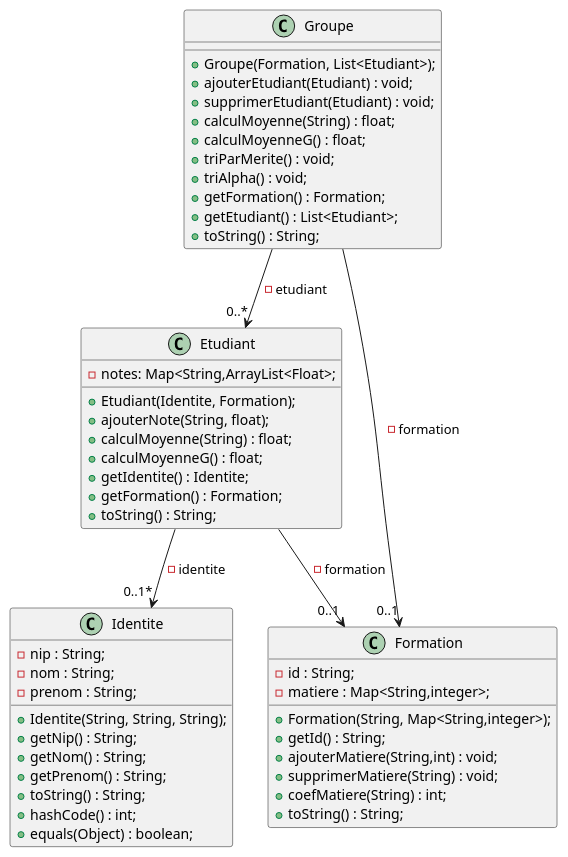
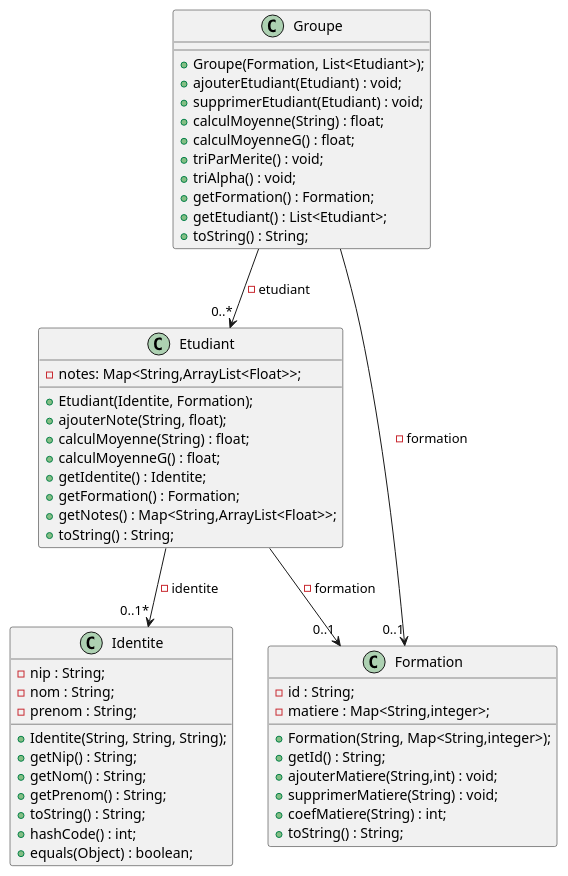
One commit to Wass54/Ex3-CPOA-ElBakhtaoui-Karakaya changed the diagram in documents/DiagClasse.puml. Above: the diagram before and after it, drawn with PlantUML. The commit also changed 2 other files, not shown here.

Commit message:
Ajout de deux classes et changement du diagramme de classe

```diff
--- a/documents/DiagClasse.puml
+++ b/documents/DiagClasse.puml
@@ -1,73 +1,74 @@
 @startuml
 
 '''classes 
 
 class Identite{
 
     - nip : String;
     - nom : String;
     - prenom : String;
 
     + Identite(String, String, String);
     + getNip() : String;
     + getNom() : String;
     + getPrenom() : String;
     + toString() : String;
     + hashCode() : int;
     + equals(Object) : boolean;
 
 }
 
 class Etudiant{
 
-    - notes: Map<String,ArrayList<Float>;
+    - notes: Map<String,ArrayList<Float>>;
 
     + Etudiant(Identite, Formation);
     + ajouterNote(String, float);
     + calculMoyenne(String) : float;
     + calculMoyenneG() : float;
     + getIdentite() : Identite;
     + getFormation() : Formation;
+    + getNotes() : Map<String,ArrayList<Float>>;
     + toString() : String;
 
 
 }
 
 class Formation{
 
     - id : String;
     - matiere : Map<String,integer>;
     
     + Formation(String, Map<String,integer>);
     + getId() : String;
     + ajouterMatiere(String,int) : void;
     + supprimerMatiere(String) : void;
     + coefMatiere(String) : int;
     + toString() : String;
 
 }
 
 class Groupe{
 
     + Groupe(Formation, List<Etudiant>);
     + ajouterEtudiant(Etudiant) : void;
     + supprimerEtudiant(Etudiant) : void;
     + calculMoyenne(String) : float;
     + calculMoyenneG() : float;
     + triParMerite() : void;
     + triAlpha() : void;
     + getFormation() : Formation;
     + getEtudiant() : List<Etudiant>;
     + toString() : String;
 }
 
 '''liaisons
 Etudiant  --> "0..1*" Identite : -identite
 Etudiant  --> "0..1" Formation : -formation
 Groupe  --> "0..*" Etudiant : -etudiant
 Groupe  --> "0..1" Formation : -formation
 
 
 
 
 @enduml
```
